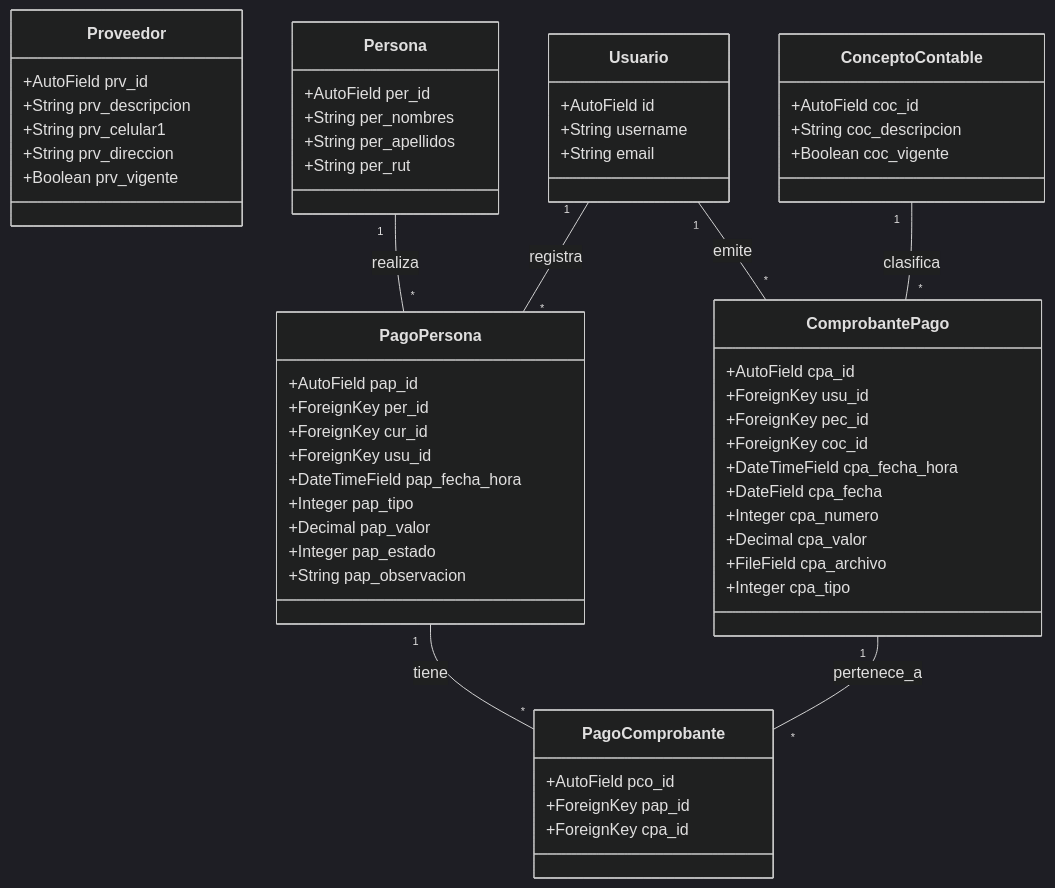
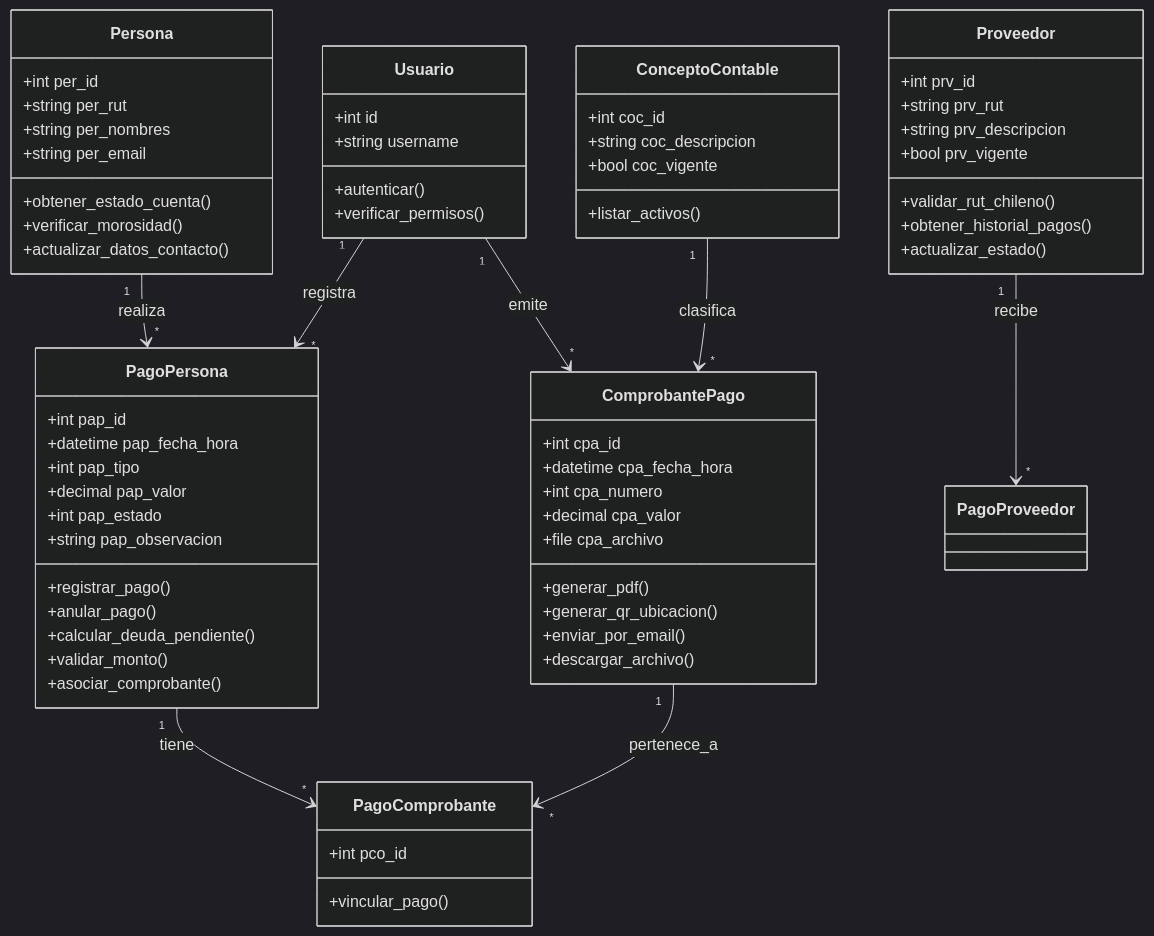
One commit to Inacap-Analistas-programador/IngSw-seccion1 changed the second of 2 diagrams in README.md. Above: the diagram before and after it, drawn with Mermaid (dark theme). The commit also changed other lines of this file and 10 other files, not shown here.

````diff
--- a/README.md
+++ b/README.md
@@ -83,67 +124,75 @@
 ```mermaid
 classDiagram
     class PagoPersona {
-        +AutoField pap_id
-        +ForeignKey per_id
-        +ForeignKey cur_id
-        +ForeignKey usu_id
-        +DateTimeField pap_fecha_hora
-        +Integer pap_tipo
-        +Decimal pap_valor
-        +Integer pap_estado
-        +String pap_observacion
+        +int pap_id
+        +datetime pap_fecha_hora
+        +int pap_tipo
+        +decimal pap_valor
+        +int pap_estado
+        +string pap_observacion
+        +registrar_pago()
+        +anular_pago()
+        +calcular_deuda_pendiente()
+        +validar_monto()
+        +asociar_comprobante()
     }
 
     class ComprobantePago {
-        +AutoField cpa_id
-        +ForeignKey usu_id
-        +ForeignKey pec_id
-        +ForeignKey coc_id
-        +DateTimeField cpa_fecha_hora
-        +DateField cpa_fecha
-        +Integer cpa_numero
-        +Decimal cpa_valor
-        +FileField cpa_archivo
-        +Integer cpa_tipo
+        +int cpa_id
+        +datetime cpa_fecha_hora
+        +int cpa_numero
+        +decimal cpa_valor
+        +file cpa_archivo
+        +generar_pdf()
+        +generar_qr_ubicacion()
+        +enviar_por_email()
+        +descargar_archivo()
     }
 
     class PagoComprobante {
-        +AutoField pco_id
-        +ForeignKey pap_id
-        +ForeignKey cpa_id
+        +int pco_id
+        +vincular_pago()
     }
 
     class Proveedor {
-        +AutoField prv_id
-        +String prv_descripcion
-        +String prv_celular1
-        +String prv_direccion
-        +Boolean prv_vigente
+        +int prv_id
+        +string prv_rut
+        +string prv_descripcion
+        +bool prv_vigente
+        +validar_rut_chileno()
+        +obtener_historial_pagos()
+        +actualizar_estado()
     }
 
     class ConceptoContable {
-        +AutoField coc_id
-        +String coc_descripcion
-        +Boolean coc_vigente
+        +int coc_id
+        +string coc_descripcion
+        +bool coc_vigente
+        +listar_activos()
     }
 
     class Persona {
-        +AutoField per_id
-        +String per_nombres
-        +String per_apellidos
-        +String per_rut
+        +int per_id
+        +string per_rut
+        +string per_nombres
+        +string per_email
+        +obtener_estado_cuenta()
+        +verificar_morosidad()
+        +actualizar_datos_contacto()
     }
 
     class Usuario {
-        +AutoField id
-        +String username
-        +String email
+        +int id
+        +string username
+        +autenticar()
+        +verificar_permisos()
     }
 
-    PagoPersona "1" -- "*" PagoComprobante : tiene
-    ComprobantePago "1" -- "*" PagoComprobante : pertenece_a
-    Persona "1" -- "*" PagoPersona : realiza
-    Usuario "1" -- "*" PagoPersona : registra
-    Usuario "1" -- "*" ComprobantePago : emite
-    ConceptoContable "1" -- "*" ComprobantePago : clasifica
+    PagoPersona "1" --> "*" PagoComprobante : tiene
+    ComprobantePago "1" --> "*" PagoComprobante : pertenece_a
+    Persona "1" --> "*" PagoPersona : realiza
+    Usuario "1" --> "*" PagoPersona : registra
+    Usuario "1" --> "*" ComprobantePago : emite
+    ConceptoContable "1" --> "*" ComprobantePago : clasifica
+    Proveedor "1" --> "*" PagoProveedor : recibe
 ```
````
